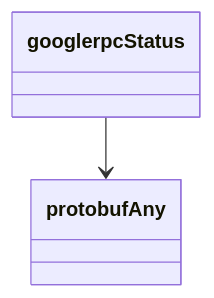
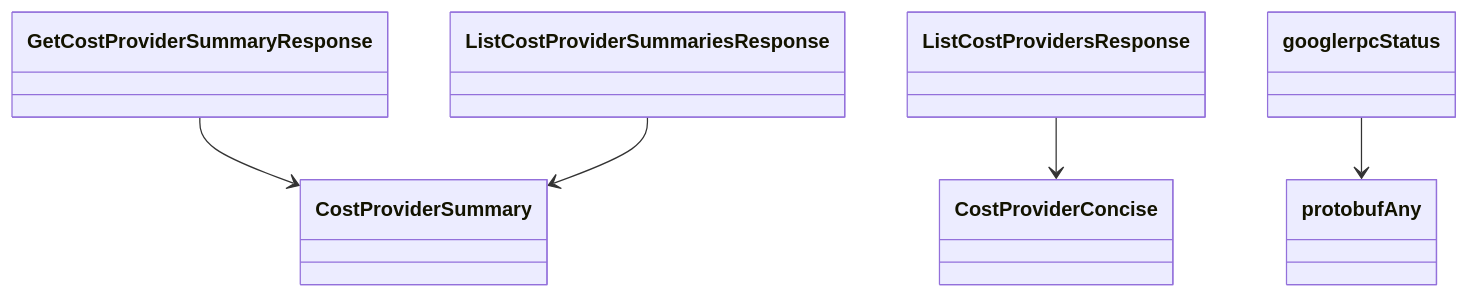
The eighth of 8 diagrams in docs/sphinx/services/cost.md (alexdearaujo/community_sdk_python), drawn with Mermaid before and after one commit. The commit also changed other lines of this file and 38 other files, not shown here.

````diff
--- a/docs/sphinx/services/cost.md
+++ b/docs/sphinx/services/cost.md
@@ -252,6 +252,14 @@
 ```mermaid
 classDiagram
+    class CostProviderConcise
+    class CostProviderSummary
+    class GetCostProviderSummaryResponse
+    class ListCostProviderSummariesResponse
+    class ListCostProvidersResponse
     class googlerpcStatus
     class protobufAny
+    GetCostProviderSummaryResponse --> CostProviderSummary
+    ListCostProviderSummariesResponse --> CostProviderSummary
+    ListCostProvidersResponse --> CostProviderConcise
     googlerpcStatus --> protobufAny
 ```
````
